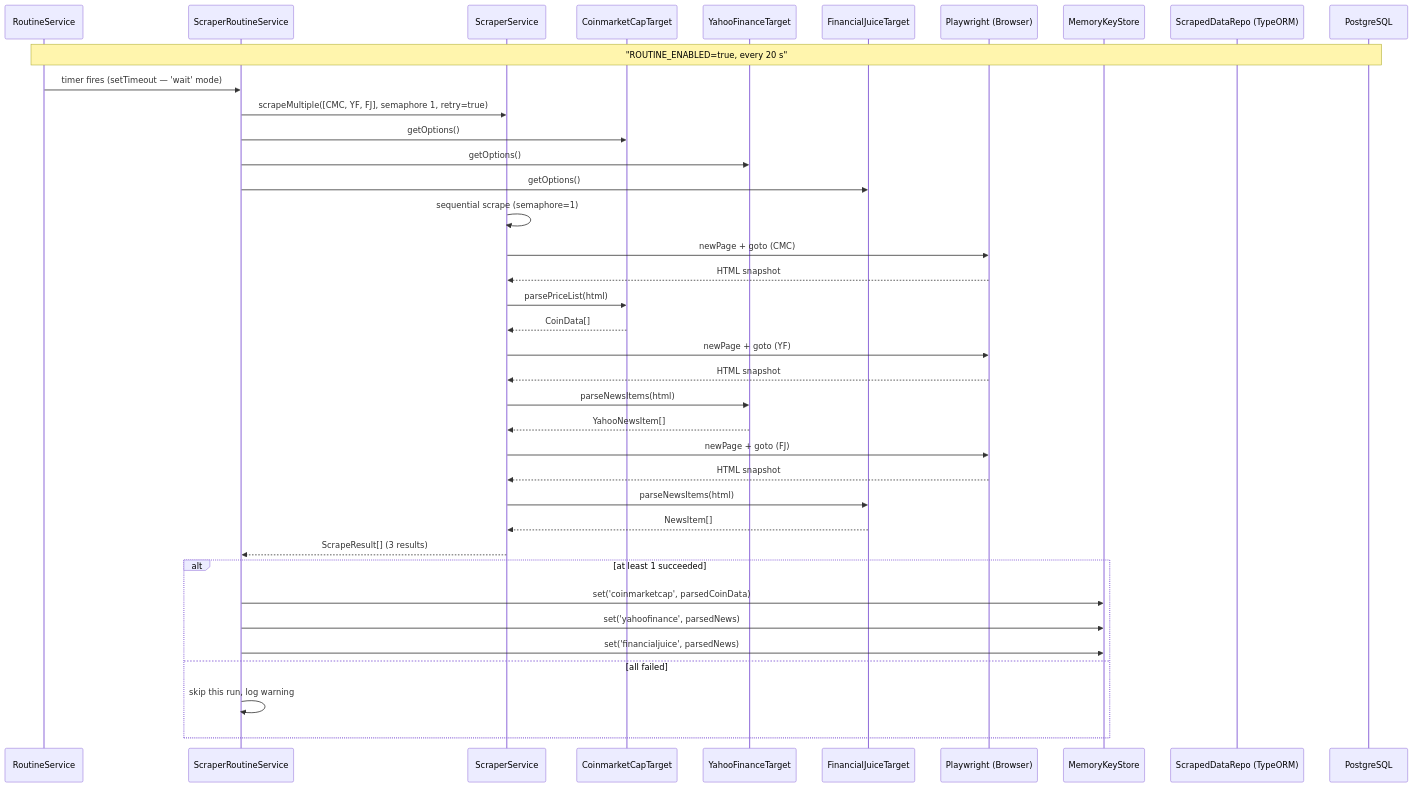
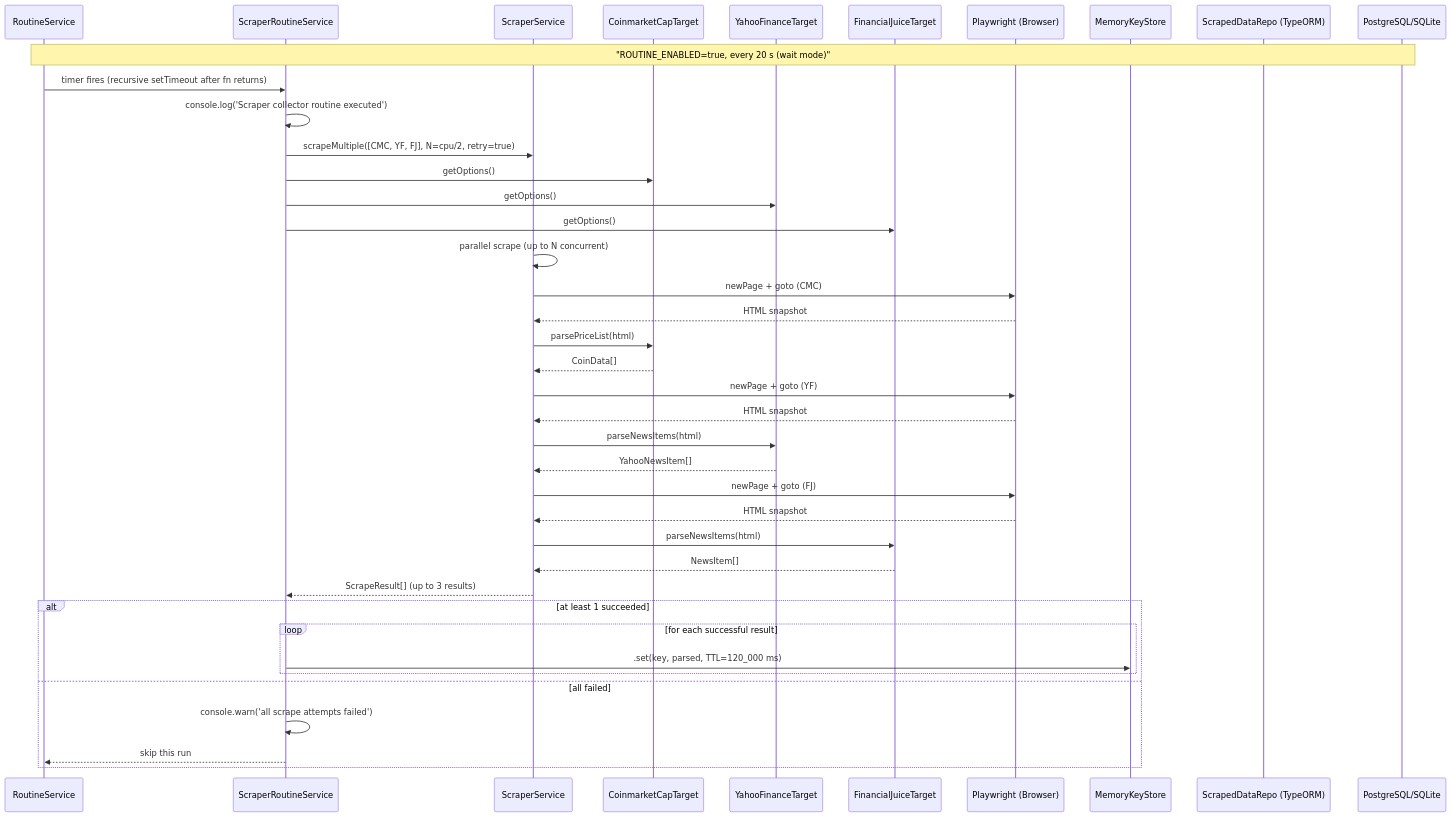
One commit to GabrielTenma/apollo-bun changed the second of 8 diagrams in DESIGN.md. Above: the diagram before and after it, drawn with Mermaid. The commit also changed other lines of this file and 6 other files, not shown here.

````diff
--- a/DESIGN.md
+++ b/DESIGN.md
@@ -139,50 +153,51 @@
 ```mermaid
 sequenceDiagram
     participant RS as RoutineService
     participant ScraperSvc as ScraperRoutineService
     participant Scraper as ScraperService
     participant CM as CoinmarketCapTarget
     participant YF as YahooFinanceTarget
     participant FJ as FinancialJuiceTarget
-    participant Playwright as Playwright (Browser)
+    participant PW as Playwright (Browser)
     participant Store as MemoryKeyStore
     participant Repo as ScrapedDataRepo (TypeORM)
-    participant DB as PostgreSQL
+    participant DB as PostgreSQL/SQLite
 
-    Note over RS,DB: "ROUTINE_ENABLED=true, every 20 s"
+    Note over RS,DB: "ROUTINE_ENABLED=true, every 20 s (wait mode)"
 
-    RS->>ScraperSvc: timer fires (setTimeout — 'wait' mode)
-
-    ScraperSvc->>Scraper: scrapeMultiple([CMC, YF, FJ], semaphore 1, retry=true)
+    RS->>ScraperSvc: timer fires (recursive setTimeout after fn returns)
+    ScraperSvc->>ScraperSvc: console.log('Scraper collector routine executed')
+    ScraperSvc->>Scraper: scrapeMultiple([CMC, YF, FJ], N=cpu/2, retry=true)
 
     ScraperSvc->>CM: getOptions()
     ScraperSvc->>YF: getOptions()
     ScraperSvc->>FJ: getOptions()
+    Scraper->>Scraper: parallel scrape (up to N concurrent)
 
-    Scraper->>Scraper: sequential scrape (semaphore=1)
-
-    Scraper->>Playwright: newPage + goto (CMC)
-    Playwright-->>Scraper: HTML snapshot
+    Scraper->>PW: newPage + goto (CMC)
+    PW-->>Scraper: HTML snapshot
     Scraper->>CM: parsePriceList(html)
     CM-->>Scraper: CoinData[]
 
-    Scraper->>Playwright: newPage + goto (YF)
-    Playwright-->>Scraper: HTML snapshot
+    Scraper->>PW: newPage + goto (YF)
+    PW-->>Scraper: HTML snapshot
     Scraper->>YF: parseNewsItems(html)
     YF-->>Scraper: YahooNewsItem[]
 
-    Scraper->>Playwright: newPage + goto (FJ)
-    Playwright-->>Scraper: HTML snapshot
+    Scraper->>PW: newPage + goto (FJ)
+    PW-->>Scraper: HTML snapshot
     Scraper->>FJ: parseNewsItems(html)
     FJ-->>Scraper: NewsItem[]
 
-    Scraper-->>ScraperSvc: ScrapeResult[] (3 results)
+    Scraper-->>ScraperSvc: ScrapeResult[] (up to 3 results)
 
     alt at least 1 succeeded
-        ScraperSvc->>Store: set('coinmarketcap', parsedCoinData)
-        ScraperSvc->>Store: set('yahoofinance', parsedNews)
-        ScraperSvc->>Store: set('financialjuice', parsedNews)
+        loop for each successful result
+            ScraperSvc->>Store: .set(key, parsed, TTL=120_000 ms)
+        end
+        %% keys: coinmarketcap, yahoofinance, financialjuice
     else all failed
-        ScraperSvc->>ScraperSvc: skip this run, log warning
+        ScraperSvc->>ScraperSvc: console.warn('all scrape attempts failed')
+        ScraperSvc-->>RS: skip this run
     end
 ```
````
